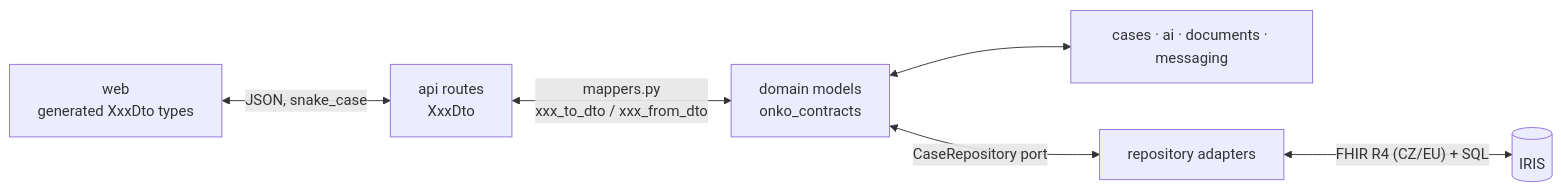
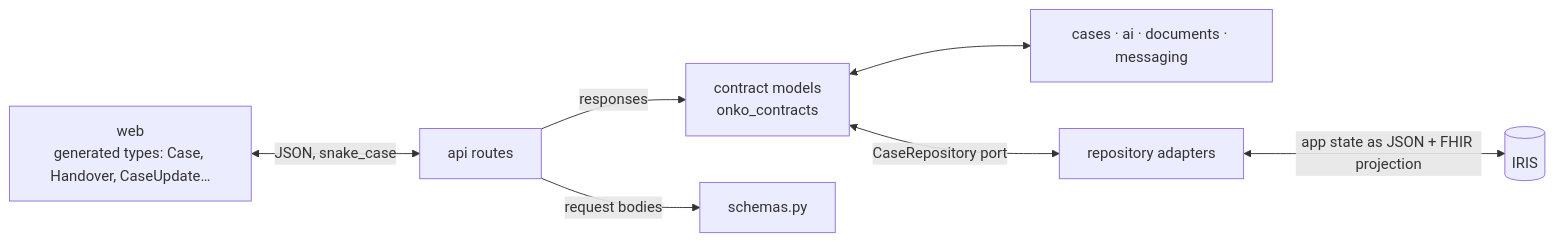
One commit to darkmackov/AI-Rackathon2026-Nessio changed the diagram in docs/conventions/data.md. Above: the diagram before and after it, drawn with Mermaid. The commit also changed other lines of this file and 28 other files, not shown here.

First line of the commit message:
refactor: follow main's API contract, drop the DTO layer

````diff
--- a/docs/conventions/data.md
+++ b/docs/conventions/data.md
@@ -15,8 +15,9 @@
 ```mermaid
 flowchart LR
-  web["web<br/>generated XxxDto types"] <-->|JSON, snake_case| routes["api routes<br/>XxxDto"]
-  routes <-->|"mappers.py<br/>xxx_to_dto / xxx_from_dto"| domain["domain models<br/>onko_contracts"]
+  web["web<br/>generated types: Case, Handover, CaseUpdate…"] <-->|JSON, snake_case| routes["api routes"]
+  routes -->|"responses"| domain["contract models<br/>onko_contracts"]
+  routes -->|"request bodies"| schemas["schemas.py"]
   domain <--> modules["cases · ai · documents · messaging"]
   domain <-->|CaseRepository port| repo["repository adapters"]
-  repo <-->|"FHIR R4 (CZ/EU) + SQL"| iris[("IRIS")]
+  repo <-->|"app state as JSON + FHIR projection"| iris[("IRIS")]
 ```
````
